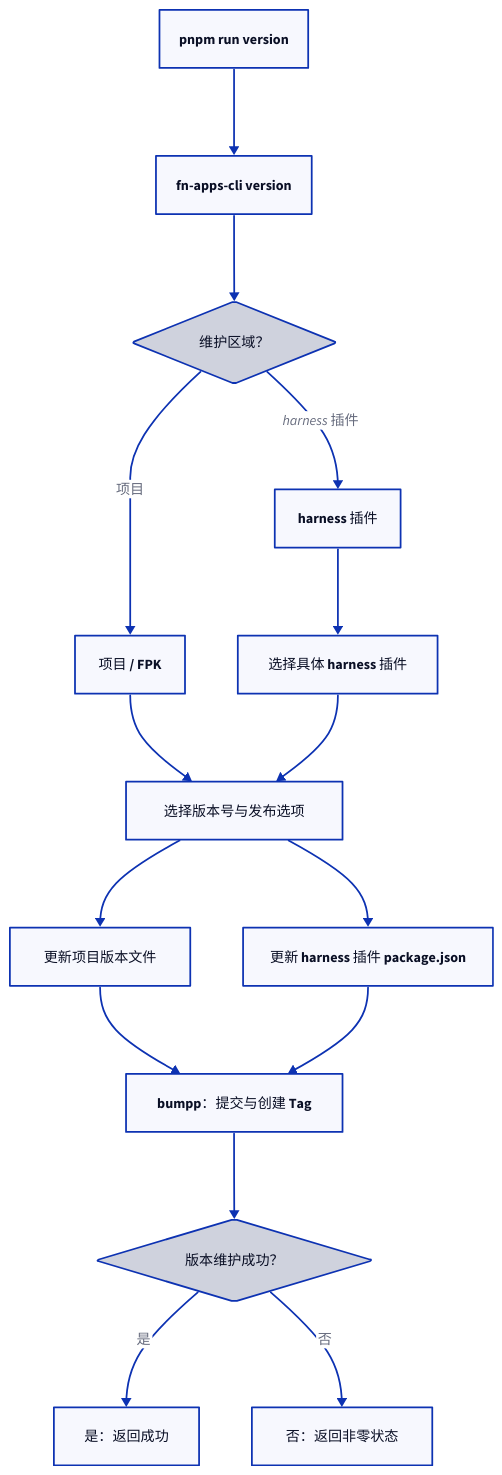
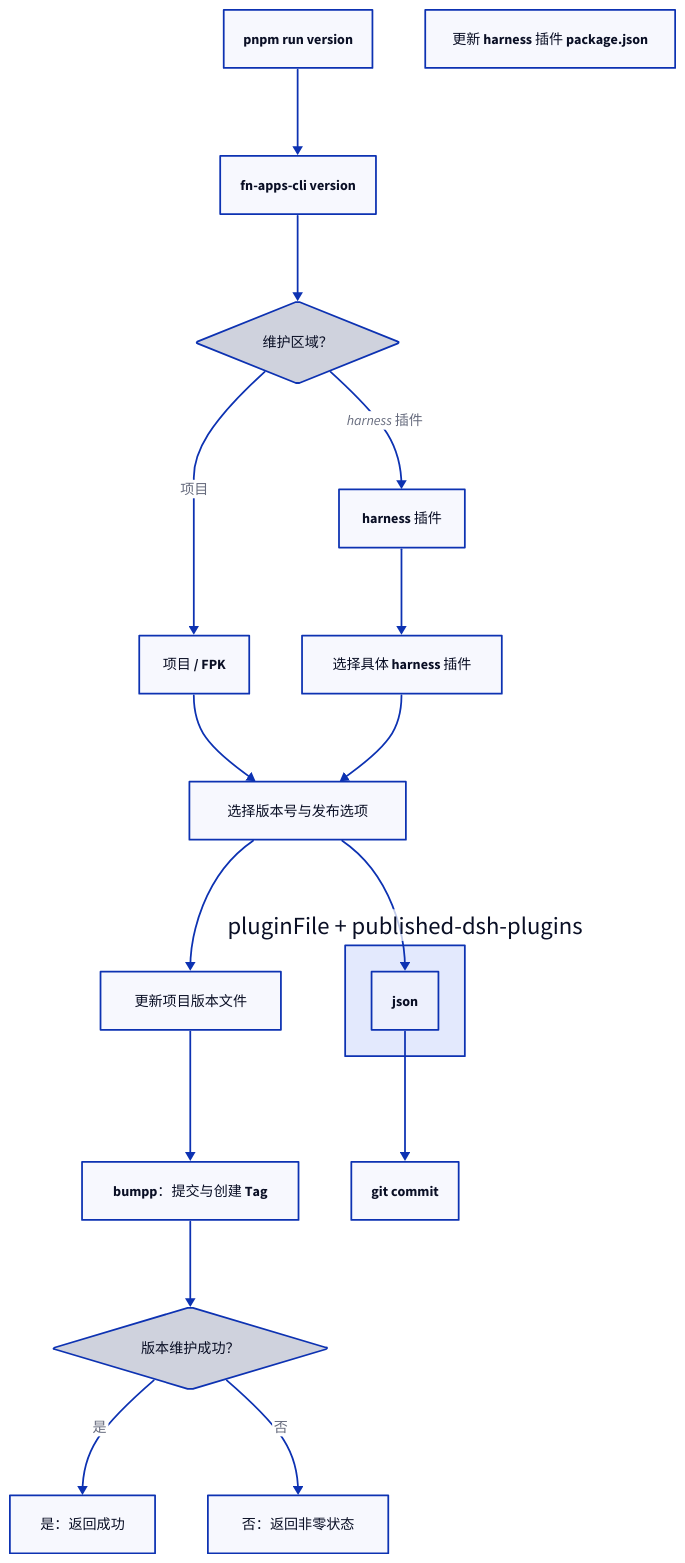
One commit to tnnevol/fn-os-apps changed the eighth of 13 diagrams in docs/development/package-tasks-and-turbo.md. Above: the diagram before and after it, drawn with D2. The commit also changed 18 other files, not shown here.

````diff
--- a/docs/development/package-tasks-and-turbo.md
+++ b/docs/development/package-tasks-and-turbo.md
@@ -303,32 +303,32 @@
 ```d2
 direction: down
 
 command: "pnpm run version"
 cli: "fn-apps-cli version"
 area: {
   label: "维护区域？"
   shape: diamond
 }
 project: "项目 / FPK"
 plugin: "harness 插件"
 pluginSelect: "选择具体 harness 插件"
 release: "选择版本号与发布选项"
 files: "更新项目版本文件"
 pluginFile: "更新 harness 插件 package.json"
 bumpp: "bumpp：提交与创建 Tag"
 status: {
   label: "版本维护成功？"
   shape: diamond
 }
 result: "是：返回成功"
 fail: "否：返回非零状态"
 
 command -> cli -> area
 area -> project: 项目
 area -> plugin: harness 插件
 project -> release -> files -> bumpp
-plugin -> pluginSelect -> release -> pluginFile -> bumpp
+plugin -> pluginSelect -> release -> pluginFile + published-dsh-plugins.json -> git commit
 bumpp -> status
 status -> result: 是
 status -> fail: 否
 ```
````
